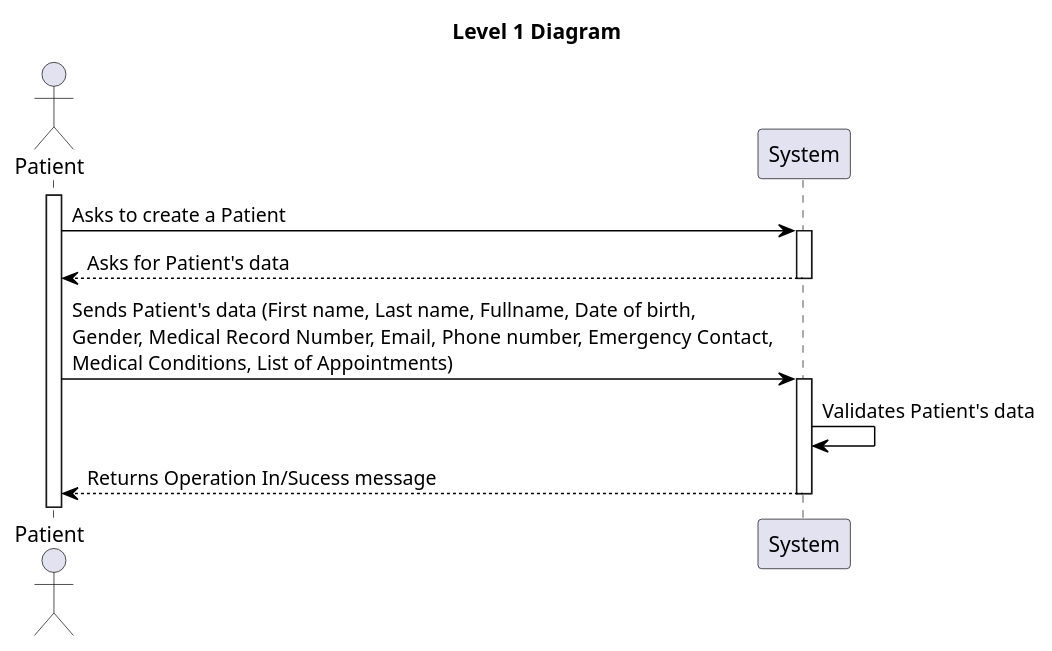
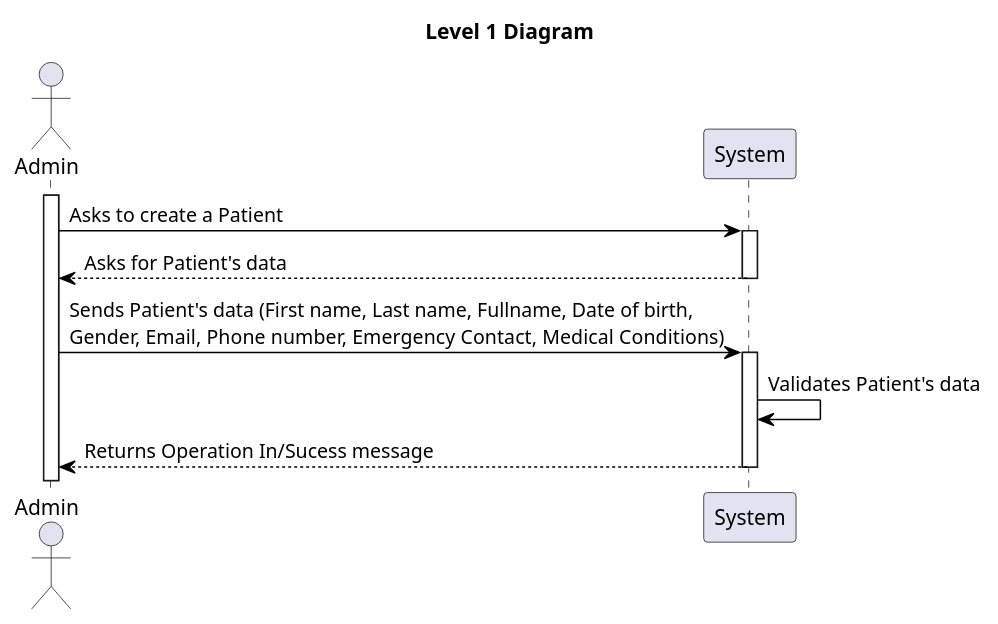
One commit to vscosousa/LAPR5_3DC_G15 changed the diagram in docs/sprint_A/us_5.1.8/level_1/puml/level_1.puml. Above: the diagram before and after it, drawn with PlantUML. The commit also changed 27 other files, not shown here.

```diff
--- a/docs/sprint_A/us_5.1.8/level_1/puml/level_1.puml
+++ b/docs/sprint_A/us_5.1.8/level_1/puml/level_1.puml
@@ -1,33 +1,33 @@
 @startuml level_1
 
 title Level 1 Diagram
 
 hide empty members
 'skinparam Linetype ortho
 
 skinparam class {
     BackgroundColor<<valueObject>> #D6EAF8
     BackgroundColor<<root>> #FDEBD0
     BackgroundColor<<service>> #D1F2EB
     BackgroundColor #FEF9E7
     ArrowColor Black
 }
 
 skinparam package {
     BackgroundColor #EBF5FB
 }
 
-actor Patient as P
+actor Admin as A
 
-activate P
-P -> System: Asks to create a Patient
+activate A
+A -> System: Asks to create a Patient
 activate System
-System --> P: Asks for Patient's data
+System --> A: Asks for Patient's data
 deactivate System
-P -> System: Sends Patient's data (First name, Last name, Fullname, Date of birth, \nGender, Medical Record Number, Email, Phone number, Emergency Contact, \nMedical Conditions, List of Appointments)
+A -> System: Sends Patient's data (First name, Last name, Fullname, Date of birth, \nGender, Email, Phone number, Emergency Contact, Medical Conditions)
 activate System
 System -> System: Validates Patient's data
-System --> P: Returns Operation In/Sucess message
+System --> A: Returns Operation In/Sucess message
 deactivate System
 
 @enduml
```
